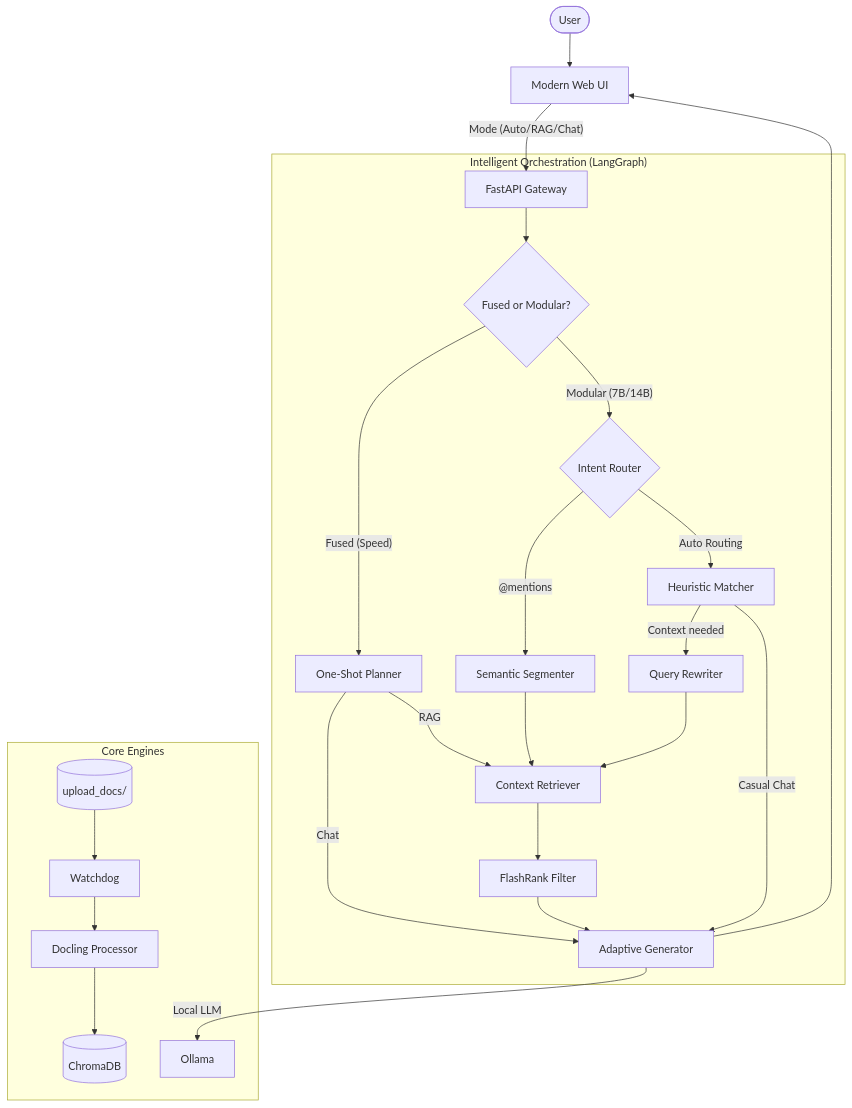
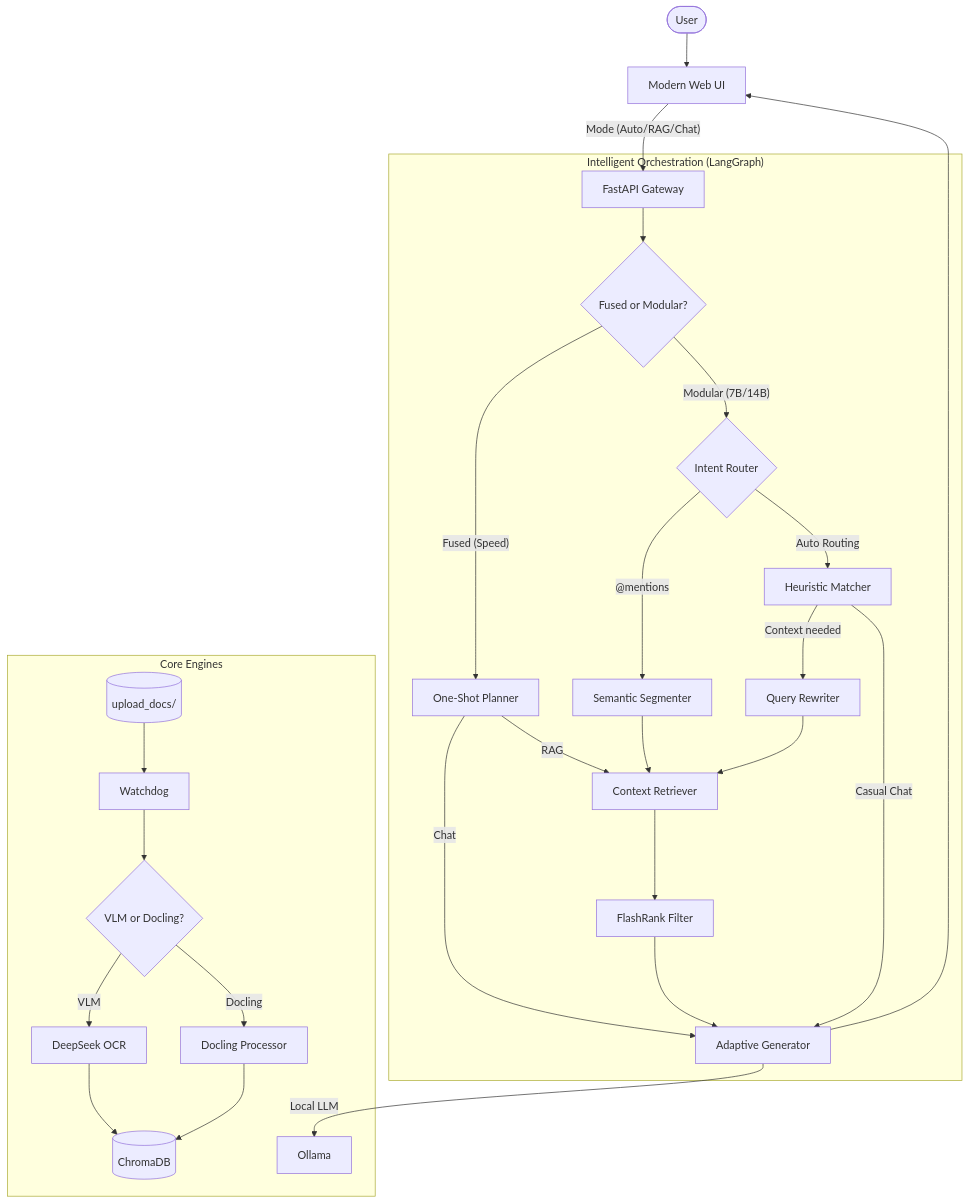
Before and after one commit to NayanEupho/RAG_Chat_IPRv1.5: the diagram in README.md, drawn with Mermaid. The commit also changed other lines of this file and 14 other files, not shown here.

````diff
--- a/README.md
+++ b/README.md
@@ -5,34 +5,37 @@
 ```mermaid
 graph TD
     User([User]) --> UI[Modern Web UI]
     UI -- "Mode (Auto/RAG/Chat)" --> API[FastAPI Gateway]
     
     subgraph "Intelligent Orchestration (LangGraph)"
         API --> Config{Fused or Modular?}
         
         Config -- "Fused (Speed)" --> Planner[One-Shot Planner]
         Planner -->|RAG| Retriever[Context Retriever]
         Planner -->|Chat| Gen
         
         Config -- "Modular (7B/14B)" --> Router{Intent Router}
         Router -- "@mentions" --> Segmenter[Semantic Segmenter]
         Router -- "Auto Routing" --> Decision[Heuristic Matcher]
         
         Segmenter --> Retriever
         Decision -- "Context needed" --> Rewriter[Query Rewriter]
         Rewriter --> Retriever
         
         Retriever --> Rerank[FlashRank Filter]
         Rerank --> Gen[Adaptive Generator]
         Decision -- "Casual Chat" --> Gen
     end
 
     subgraph "Core Engines"
         Files[(upload_docs/)] --> Watcher[Watchdog]
-        Watcher --> Proc[Docling Processor]
-        Proc --> DB[(ChromaDB)]
+        Watcher --> Proc{VLM or Docling?}
+        Proc -->|VLM| Vision[DeepSeek OCR]
+        Proc -->|Docling| DocProc[Docling Processor]
+        Vision --> DB[(ChromaDB)]
+        DocProc --> DB
         Gen -- "Local LLM" --> Ollama[Ollama]
     end
 
     Gen --> UI
 ```
````
